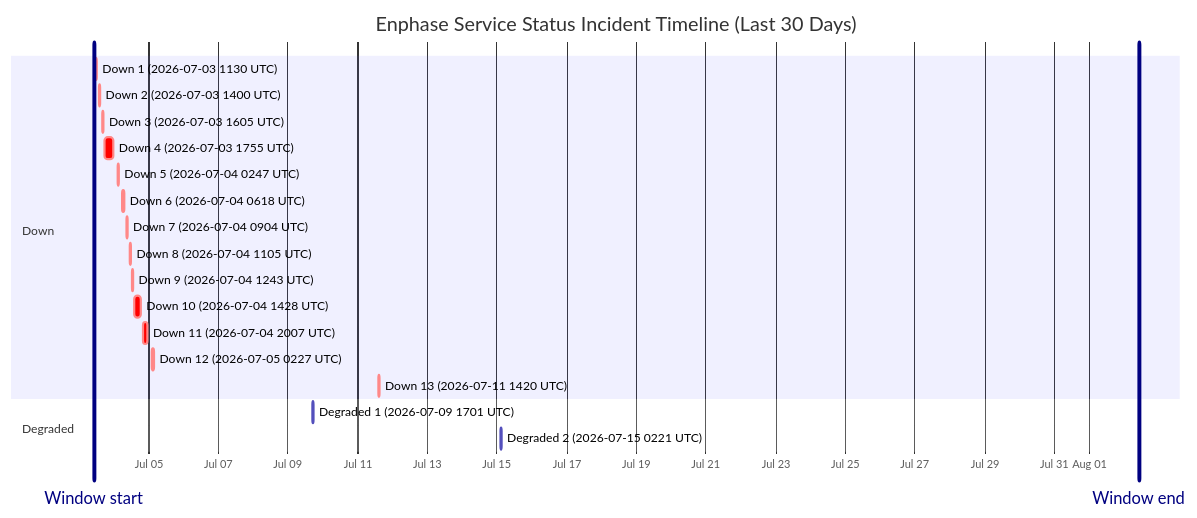
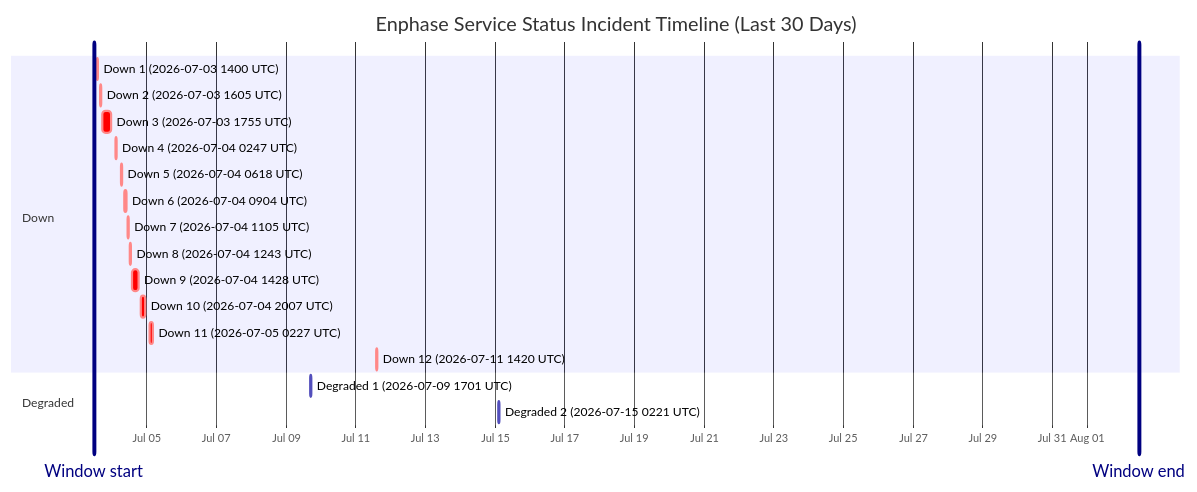
The diagram in wiki/Service-Status-History.md (barneyonline/ha-enphase-energy), drawn with Mermaid before and after one commit. The commit also changed other lines of this file and 3 other files, not shown here.

````diff
--- a/wiki/Service-Status-History.md
+++ b/wiki/Service-Status-History.md
@@ -14,25 +14,24 @@
 ```mermaid
 gantt
     title Enphase Service Status Incident Timeline (Last 30 Days)
     dateFormat  YYYY-MM-DDTHH:mm:ss
     axisFormat  %b %d
-    Window start :vert, window-start, 2026-07-03T10:14:19, 0ms
-    Window end :vert, window-end, 2026-08-02T10:14:19, 0ms
+    Window start :vert, window-start, 2026-07-03T11:41:31, 0ms
+    Window end :vert, window-end, 2026-08-02T11:41:31, 0ms
     section Down
-    Down 1 (2026-07-03 1130 UTC) :crit, down-1, 2026-07-03T11:30:41, 60m
-    Down 2 (2026-07-03 1400 UTC) :crit, down-2, 2026-07-03T14:00:48, 60m
-    Down 3 (2026-07-03 1605 UTC) :crit, down-3, 2026-07-03T16:05:49, 60m
-    Down 4 (2026-07-03 1755 UTC) :crit, down-4, 2026-07-03T17:55:54, 338m
-    Down 5 (2026-07-04 0247 UTC) :crit, down-5, 2026-07-04T02:47:22, 60m
-    Down 6 (2026-07-04 0618 UTC) :crit, down-6, 2026-07-04T06:18:09, 60m
-    Down 7 (2026-07-04 0904 UTC) :crit, down-7, 2026-07-04T09:04:41, 60m
-    Down 8 (2026-07-04 1105 UTC) :crit, down-8, 2026-07-04T11:05:21, 60m
-    Down 9 (2026-07-04 1243 UTC) :crit, down-9, 2026-07-04T12:43:25, 60m
-    Down 10 (2026-07-04 1428 UTC) :crit, down-10, 2026-07-04T14:28:07, 243m
-    Down 11 (2026-07-04 2007 UTC) :crit, down-11, 2026-07-04T20:07:50, 206m
-    Down 12 (2026-07-05 0227 UTC) :crit, down-12, 2026-07-05T02:27:32, 109m
-    Down 13 (2026-07-11 1420 UTC) :crit, down-13, 2026-07-11T14:20:54, 69m
+    Down 1 (2026-07-03 1400 UTC) :crit, down-1, 2026-07-03T14:00:48, 60m
+    Down 2 (2026-07-03 1605 UTC) :crit, down-2, 2026-07-03T16:05:49, 60m
+    Down 3 (2026-07-03 1755 UTC) :crit, down-3, 2026-07-03T17:55:54, 338m
+    Down 4 (2026-07-04 0247 UTC) :crit, down-4, 2026-07-04T02:47:22, 60m
+    Down 5 (2026-07-04 0618 UTC) :crit, down-5, 2026-07-04T06:18:09, 60m
+    Down 6 (2026-07-04 0904 UTC) :crit, down-6, 2026-07-04T09:04:41, 60m
+    Down 7 (2026-07-04 1105 UTC) :crit, down-7, 2026-07-04T11:05:21, 60m
+    Down 8 (2026-07-04 1243 UTC) :crit, down-8, 2026-07-04T12:43:25, 60m
+    Down 9 (2026-07-04 1428 UTC) :crit, down-9, 2026-07-04T14:28:07, 243m
+    Down 10 (2026-07-04 2007 UTC) :crit, down-10, 2026-07-04T20:07:50, 206m
+    Down 11 (2026-07-05 0227 UTC) :crit, down-11, 2026-07-05T02:27:32, 109m
+    Down 12 (2026-07-11 1420 UTC) :crit, down-12, 2026-07-11T14:20:54, 69m
     section Degraded
     Degraded 1 (2026-07-09 1701 UTC) :active, degraded-1, 2026-07-09T17:01:02, 60m
     Degraded 2 (2026-07-15 0221 UTC) :active, degraded-2, 2026-07-15T02:21:35, 60m
 ```
````
